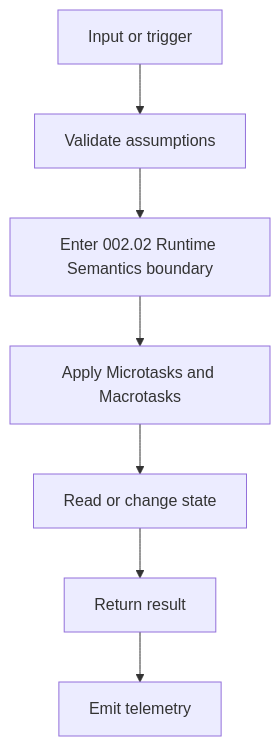
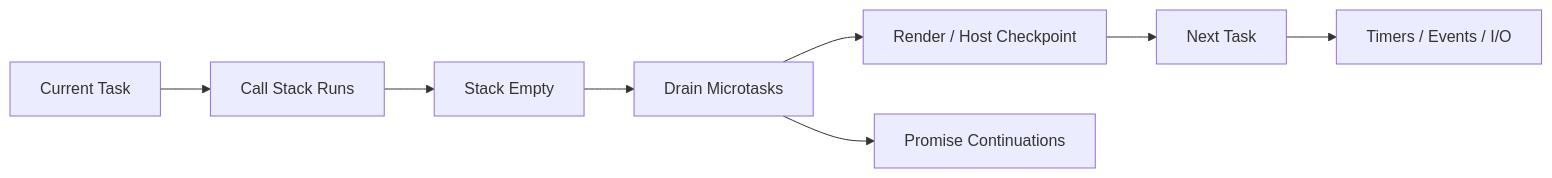
The third of 4 diagrams in 002. JavaScript Internals/002.02 Runtime Semantics/002.02.03 Microtasks and Macrotasks/README.md (AjayPrajapat/Interview), drawn with Mermaid before and after one commit. The commit also changed other lines of this file and 10 other files, not shown here.

````diff
--- a/002. JavaScript Internals/002.02 Runtime Semantics/002.02.03 Microtasks and Macrotasks/README.md
+++ b/002. JavaScript Internals/002.02 Runtime Semantics/002.02.03 Microtasks and Macrotasks/README.md
@@ -453,9 +1159,10 @@
 ```mermaid
-flowchart TD
-  A[Input or trigger] --> B[Validate assumptions]
-  B --> C[Enter 002.02 Runtime Semantics boundary]
-  C --> D[Apply Microtasks and Macrotasks]
-  D --> E[Read or change state]
-  E --> F[Return result]
-  F --> G[Emit telemetry]
+flowchart LR
+  A["Current Task"] --> B["Call Stack Runs"]
+  B --> C["Stack Empty"]
+  C --> D["Drain Microtasks"]
+  D --> E["Render / Host Checkpoint"]
+  E --> F["Next Task"]
+  D --> G["Promise Continuations"]
+  F --> H["Timers / Events / I/O"]
 ```
````
